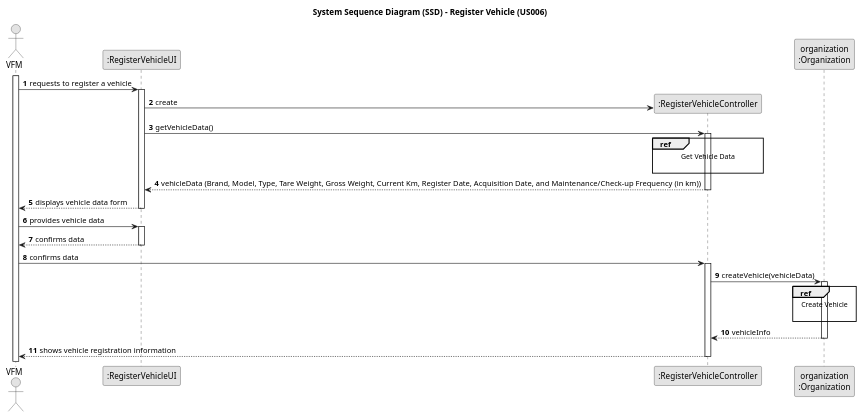
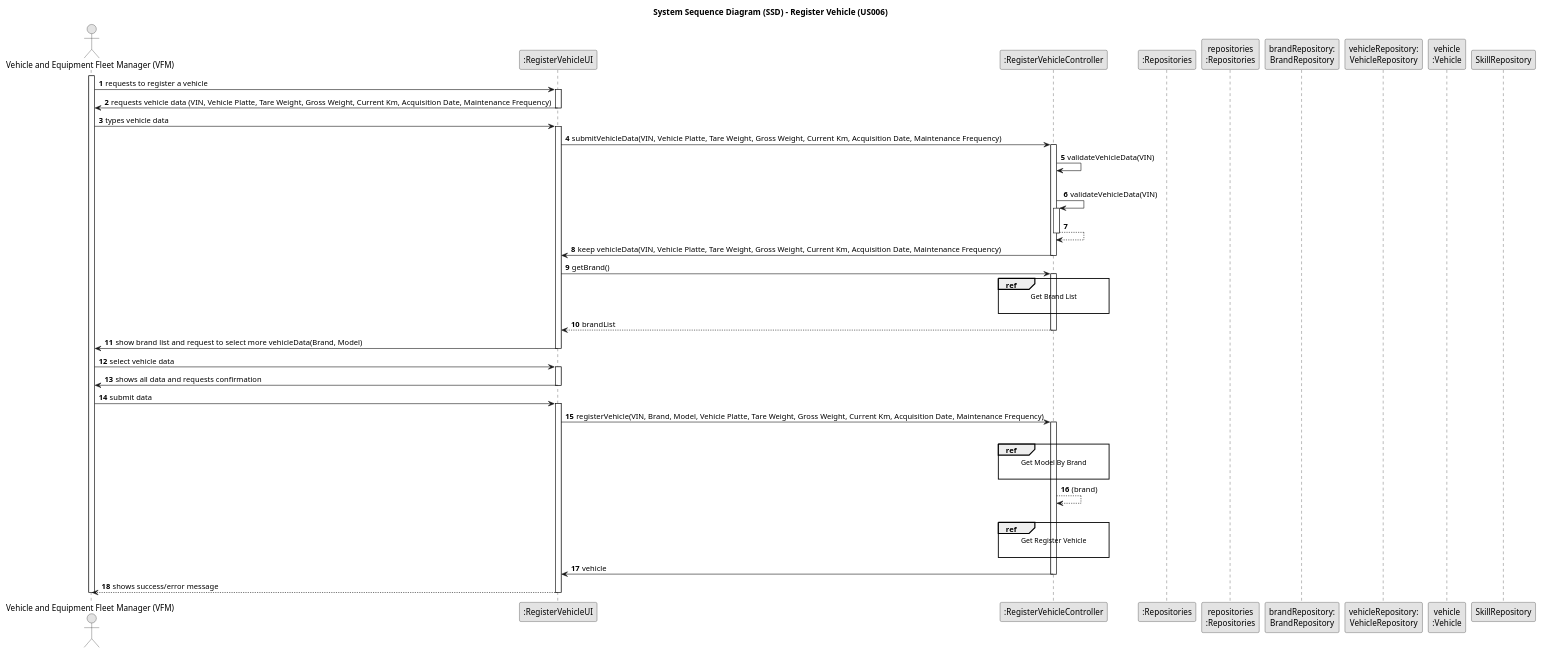
Before and after one commit to ricardomm7/leaflink: the diagram in docs/sprintB/us006/03.design/puml/us006-sequence-diagram-split.puml, drawn with PlantUML. The commit also changed 19 other files, not shown here.

```diff
--- a/docs/sprintB/us006/03.design/puml/us006-sequence-diagram-split.puml
+++ b/docs/sprintB/us006/03.design/puml/us006-sequence-diagram-split.puml
@@ -1,58 +1,101 @@
 @startuml
 skinparam monochrome true
 skinparam packageStyle rectangle
 skinparam shadowing false
 
 title System Sequence Diagram (SSD) - Register Vehicle (US006)
 
 autonumber
 
-actor "VFM" as VFM
+'hide footbox
+actor "Vehicle and Equipment Fleet Manager (VFM)" as VFM
 participant ":RegisterVehicleUI" as UI
 participant ":RegisterVehicleController" as CTRL
-participant "organization\n:Organization" as ORG
+participant ":Repositories" as RepositorySingleton
+participant "repositories\n:Repositories" as PLAT
+participant "brandRepository:\nBrandRepository" as BrandRepository
+participant "vehicleRepository:\nVehicleRepository" as VehicleRepository
+participant "vehicle\n:Vehicle" as VEI
 
 activate VFM
 
     VFM -> UI : requests to register a vehicle
     activate UI
 
-        UI -> CTRL** : create
-        UI -> CTRL : getVehicleData()
-        ref over CTRL
-            Get Vehicle Data
+        UI -> VFM : requests vehicle data (VIN, Vehicle Platte, Tare Weight, Gross Weight, Current Km, Acquisition Date, Maintenance Frequency)
+    deactivate UI
 
-        end ref
+    VFM -> UI : types vehicle data
+    activate UI
 
+        UI -> CTRL : submitVehicleData(VIN, Vehicle Platte, Tare Weight, Gross Weight, Current Km, Acquisition Date, Maintenance Frequency)
         activate CTRL
 
-            CTRL --> UI : vehicleData (Brand, Model, Type, Tare Weight, Gross Weight, Current Km, Register Date, Acquisition Date, and Maintenance/Check-up Frequency (in km))
+            CTRL -> CTRL : validateVehicleData(VIN)
+
+            |||
+            CTRL -> CTRL : validateVehicleData(VIN)
+            activate CTRL
+                CTRL --> CTRL
+            deactivate CTRL
+
+        CTRL -> UI : keep vehicleData(VIN, Vehicle Platte, Tare Weight, Gross Weight, Current Km, Acquisition Date, Maintenance Frequency)
         deactivate CTRL
 
-        UI --> VFM : displays vehicle data form
+        UI -> CTRL : getBrand()
+        activate CTRL
+
+         ref over CTRL
+                    Get Brand List
+
+                end ref
+
+
+
+            CTRL --> UI : brandList
+        deactivate CTRL
+
+    UI -> VFM : show brand list and request to select more vehicleData(Brand, Model)
     deactivate UI
 
-    VFM -> UI : provides vehicle data
+    VFM -> UI : select vehicle data
     activate UI
 
-        UI --> VFM : confirms data
+        UI -> VFM : shows all data and requests confirmation
     deactivate UI
 
-    VFM -> CTRL : confirms data
-    activate CTRL
+    VFM -> UI : submit data
+    activate UI
 
-        CTRL -> ORG: createVehicle(vehicleData)
-        activate ORG
+        UI -> CTRL : registerVehicle(VIN, Brand, Model, Vehicle Platte, Tare Weight, Gross Weight, Current Km, Acquisition Date, Maintenance Frequency)
+        activate CTRL
 
-            ref over ORG
-                Create Vehicle
+         ref over CTRL
+                    Get Model By Brand
 
-            end
+                end ref
 
-            ORG --> CTRL : vehicleInfo
-        deactivate ORG
+            deactivate SkillRepository
 
-        CTRL --> VFM : shows vehicle registration information
-    deactivate CTRL
+         CTRL --> CTRL : (brand)
+
+
+            |||
+
+            ref over CTRL
+                                Get Register Vehicle
+
+                            end ref
+
+                        deactivate SkillRepository
+
+
+            CTRL -> UI: vehicle
+        deactivate CTRL
+
+        UI --> VFM : shows success/error message
+    deactivate UI
+
+deactivate VFM
 
 @enduml
```
